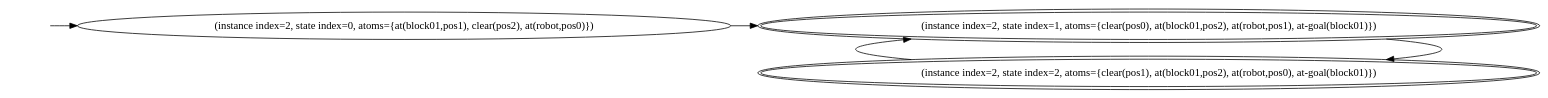
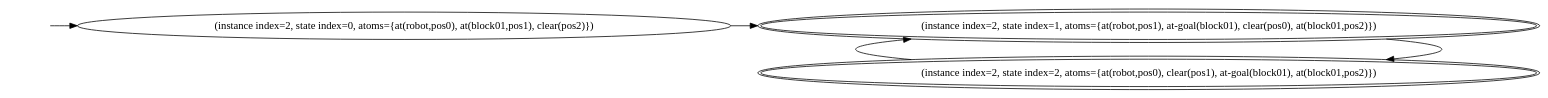
The diagram in workspace/problem_1_3_1.dot (rakhmanu/sketch-learner-pymimir1), drawn with Graphviz before and after one commit. The commit also changed 9 other files, not shown here.

```diff
--- a/workspace/problem_1_3_1.dot
+++ b/workspace/problem_1_3_1.dot
@@ -1,18 +1,18 @@
 digraph {
 rankdir="LR"
-s0[label="(instance index=2, state index=0, atoms={at(block01,pos1), clear(pos2), at(robot,pos0)})"]
-s1[peripheries=2,label="(instance index=2, state index=1, atoms={clear(pos0), at(block01,pos2), at(robot,pos1), at-goal(block01)})"]
-s2[peripheries=2,label="(instance index=2, state index=2, atoms={clear(pos1), at(block01,pos2), at(robot,pos0), at-goal(block01)})"]
+s0[label="(instance index=2, state index=0, atoms={at(robot,pos0), at(block01,pos1), clear(pos2)})"]
+s1[peripheries=2,label="(instance index=2, state index=1, atoms={at(robot,pos1), at-goal(block01), clear(pos0), at(block01,pos2)})"]
+s2[peripheries=2,label="(instance index=2, state index=2, atoms={at(robot,pos0), clear(pos1), at-goal(block01), at(block01,pos2)})"]
 Dangling [ label = "", style = invis ]
 { rank = same; Dangling }
 Dangling -> s0
 { rank = same; s0}
 { rank = same; s1,s2}
 {
 s0->s1
 }
 {
 s1->s2
 s2->s1
 }
 }
```
